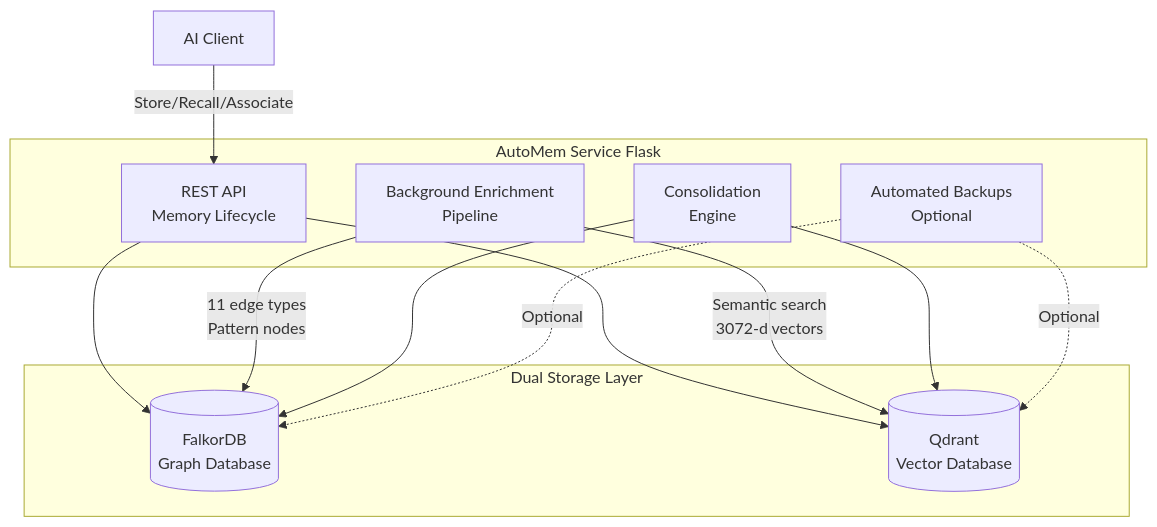
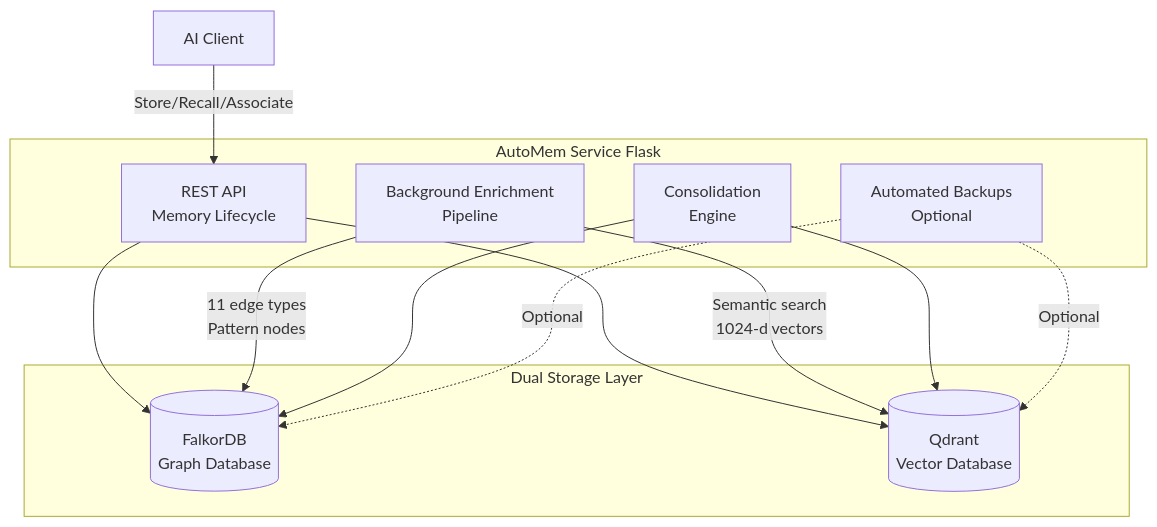
One commit to verygoodplugins/automem changed the diagram in README.md. Above: the diagram before and after it, drawn with Mermaid. The commit also changed other lines of this file and 2 other files, not shown here.

````diff
--- a/README.md
+++ b/README.md
@@ -83,24 +50,24 @@
 ```mermaid
 flowchart TB
     subgraph service [AutoMem Service Flask]
         API[REST API<br/>Memory Lifecycle]
         Enrichment[Background Enrichment<br/>Pipeline]
         Consolidation[Consolidation<br/>Engine]
         Backups[Automated Backups<br/>Optional]
     end
 
     subgraph storage [Dual Storage Layer]
         FalkorDB[(FalkorDB<br/>Graph Database)]
         Qdrant[(Qdrant<br/>Vector Database)]
     end
 
     Client[AI Client] -->|Store/Recall/Associate| API
     API --> FalkorDB
     API --> Qdrant
     Enrichment -->|11 edge types<br/>Pattern nodes| FalkorDB
-    Enrichment -->|Semantic search<br/>3072-d vectors| Qdrant
+    Enrichment -->|Semantic search<br/>1024-d vectors| Qdrant
     Consolidation --> FalkorDB
     Consolidation --> Qdrant
     Backups -.->|Optional| FalkorDB
     Backups -.->|Optional| Qdrant
 ```
````
